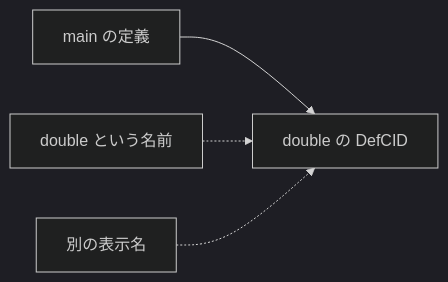
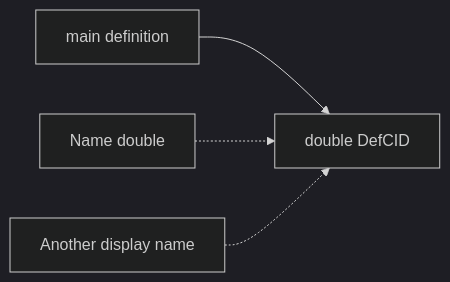
Before and after one commit to kotoba-lang/kotoba-lang: the diagram in docs/learn/amu/06-definition-identity.md, drawn with Mermaid (dark theme). The commit also changed other lines of this file and 28 other files, not shown here.

````diff
--- a/docs/learn/amu/06-definition-identity.md
+++ b/docs/learn/amu/06-definition-identity.md
@@ -43,6 +35,6 @@
 ```mermaid
 flowchart LR
-  M[main の定義] --> D[double の DefCID]
-  N[double という名前] -.-> D
-  P[別の表示名] -.-> D
+  M[main definition] --> D[double DefCID]
+  N[Name double] -.-> D
+  P[Another display name] -.-> D
 ```
````
